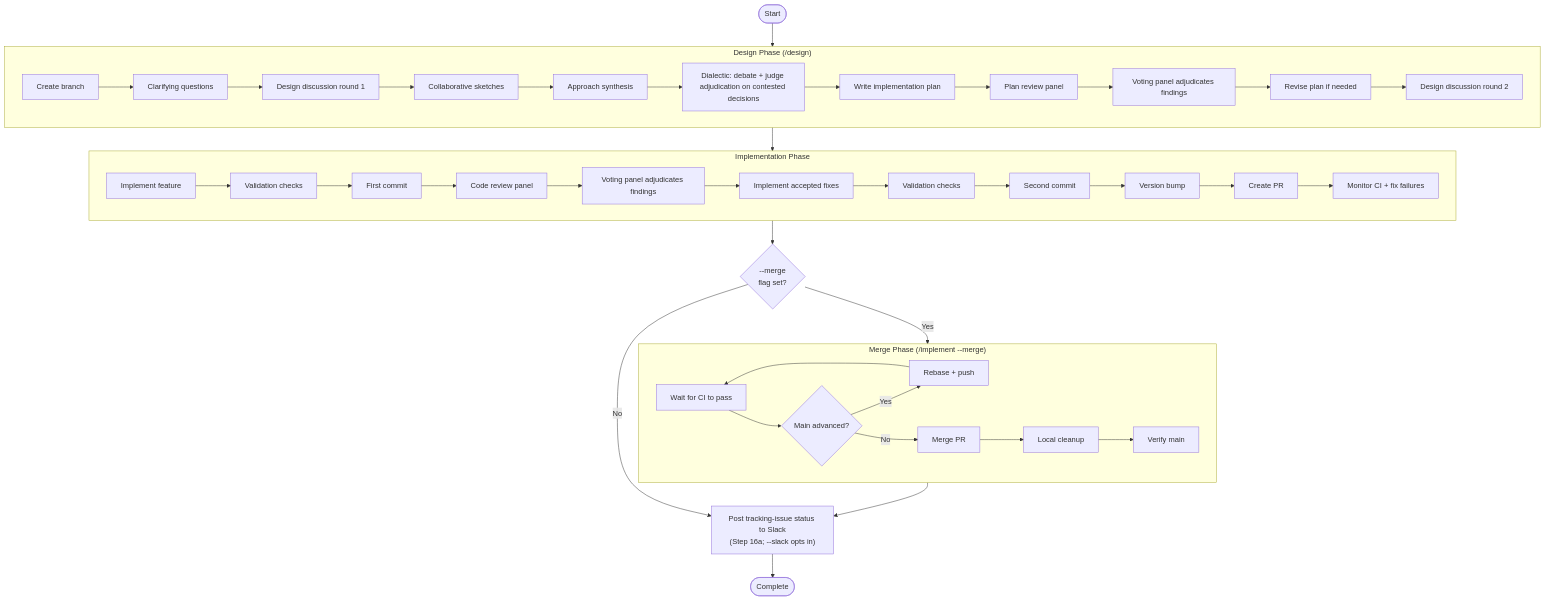
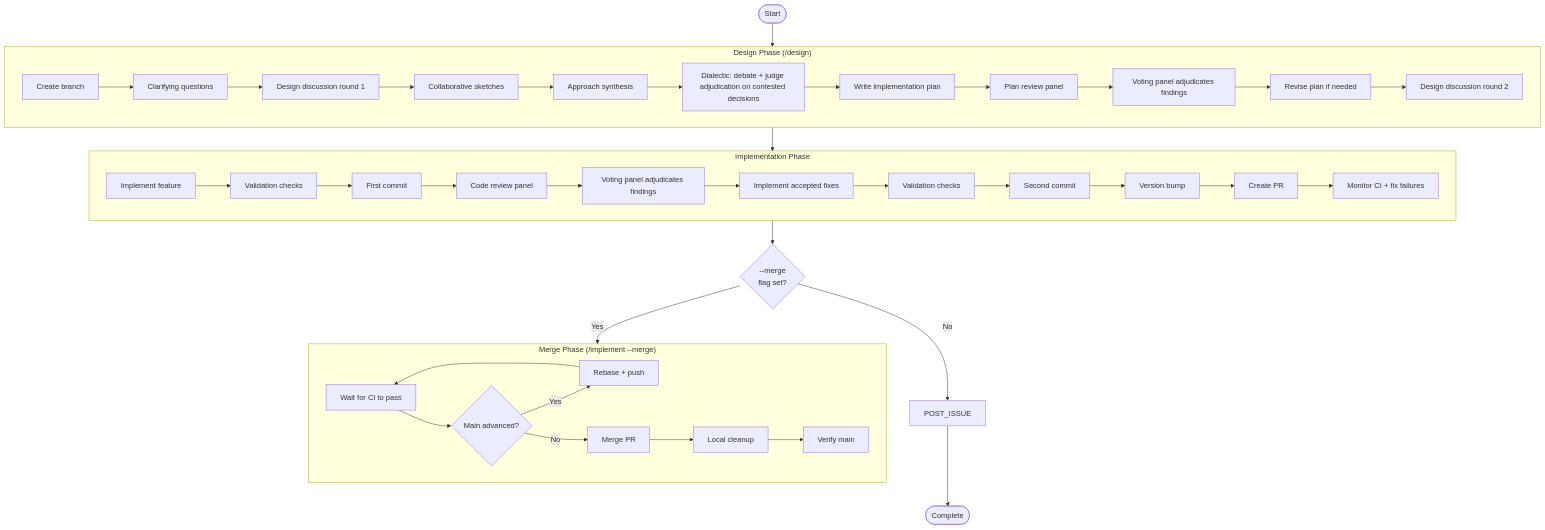
The third of 3 diagrams in docs/workflow-lifecycle.md (character-ai/larch), drawn with Mermaid before and after one commit. The commit also changed other lines of this file and 70 other files, not shown here.

````diff
--- a/docs/workflow-lifecycle.md
+++ b/docs/workflow-lifecycle.md
@@ -76,48 +76,47 @@
 ```mermaid
 flowchart TD
     START([Start]) --> DESIGN_PHASE
 
     subgraph DESIGN_PHASE["Design Phase (/design)"]
         BRANCH[Create branch] --> QUESTIONS[Clarifying questions]
         QUESTIONS --> DISCUSS1[Design discussion round 1]
         DISCUSS1 --> SKETCHES[Collaborative sketches]
         SKETCHES --> SYNTHESIS[Approach synthesis]
         SYNTHESIS --> DIALECTIC[Dialectic: debate + judge adjudication on contested decisions]
         DIALECTIC --> PLAN[Write implementation plan]
         PLAN --> PLAN_REVIEW[Plan review panel]
         PLAN_REVIEW --> VOTE1[Voting panel adjudicates findings]
         VOTE1 --> REVISE[Revise plan if needed]
         REVISE --> DISCUSS2[Design discussion round 2]
     end
 
     DESIGN_PHASE --> IMPL_PHASE
 
     subgraph IMPL_PHASE["Implementation Phase"]
         CODE[Implement feature] --> VALIDATE1[Validation checks]
         VALIDATE1 --> COMMIT1[First commit]
         COMMIT1 --> CODE_REVIEW[Code review panel]
         CODE_REVIEW --> VOTE2[Voting panel adjudicates findings]
         VOTE2 --> FIX[Implement accepted fixes]
         FIX --> VALIDATE2[Validation checks]
         VALIDATE2 --> COMMIT2[Second commit]
         COMMIT2 --> VERSION[Version bump]
         VERSION --> PR[Create PR]
         PR --> CI_MONITOR[Monitor CI + fix failures]
     end
 
     IMPL_PHASE --> MERGE_FLAG{--merge<br/>flag set?}
     MERGE_FLAG -->|No| POST_ISSUE
     MERGE_FLAG -->|Yes| MERGE_PHASE
 
     subgraph MERGE_PHASE["Merge Phase (/implement --merge)"]
         CI_WAIT[Wait for CI to pass] --> REBASE{Main advanced?}
         REBASE -->|Yes| DO_REBASE[Rebase + push]
         DO_REBASE --> CI_WAIT
         REBASE -->|No| MERGE[Merge PR]
         MERGE --> CLEANUP[Local cleanup]
         CLEANUP --> VERIFY[Verify main]
     end
 
-    MERGE_PHASE --> POST_ISSUE["Post tracking-issue status to Slack<br/>(Step 16a; --slack opts in)"]
     POST_ISSUE --> DONE([Complete])
 ```
````
